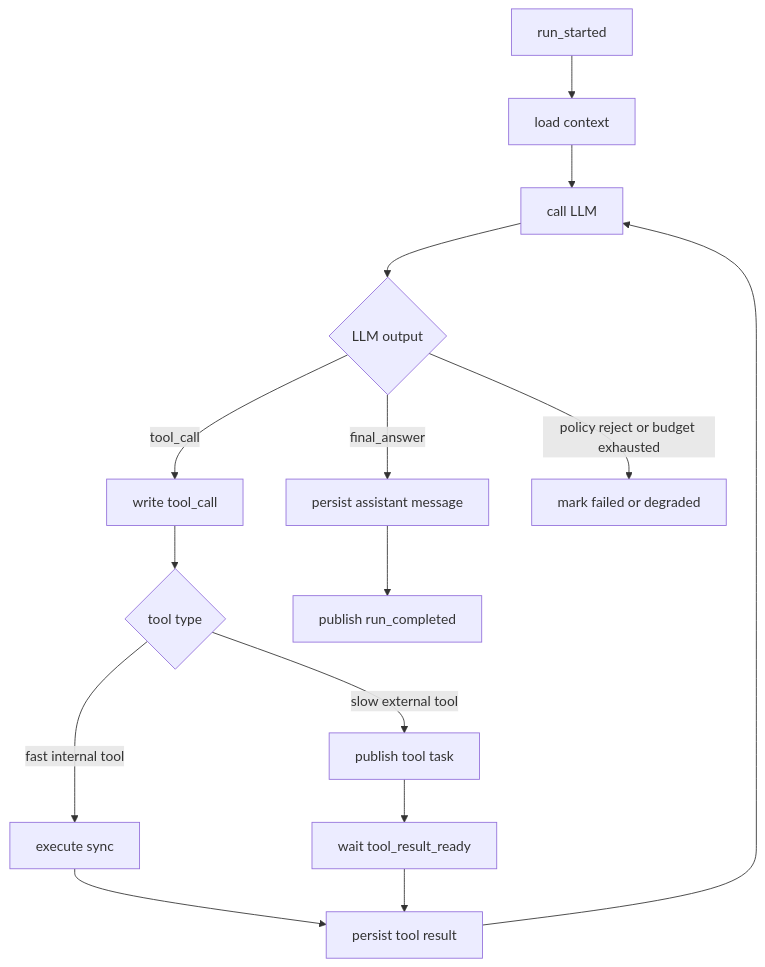
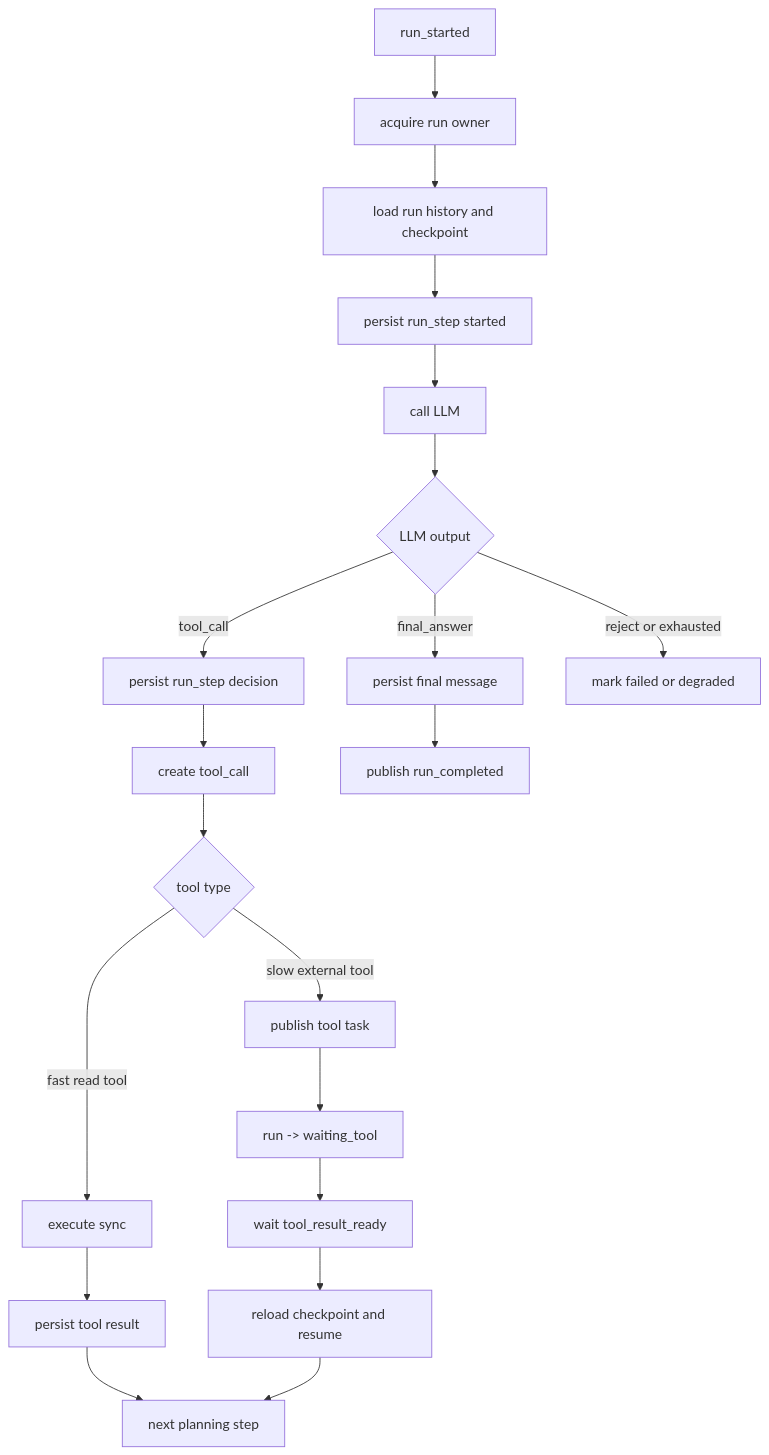
Before and after one commit to pofossette/guidebooks: the second of 6 diagrams in docs/backend-dev/系统设计/电商平台与云端对话 AI 系统设计/02-核心链路与 ReAct Agent Loop.md, drawn with Mermaid. The commit also changed other lines of this file and 7 other files, not shown here.

````diff
--- a/docs/backend-dev/系统设计/电商平台与云端对话 AI 系统设计/02-核心链路与 ReAct Agent Loop.md
+++ b/docs/backend-dev/系统设计/电商平台与云端对话 AI 系统设计/02-核心链路与 ReAct Agent Loop.md
@@ -44,17 +66,22 @@
 ```mermaid
 flowchart TD
-    A[run_started] --> B[load context]
-    B --> C[call LLM]
-    C --> D{LLM output}
-    D -->|tool_call| E[write tool_call]
-    E --> F{tool type}
-    F -->|fast internal tool| G[execute sync]
-    F -->|slow external tool| H[publish tool task]
-    G --> I[persist tool result]
-    H --> J[wait tool_result_ready]
-    J --> I
-    I --> C
-    D -->|final_answer| K[persist assistant message]
-    K --> L[publish run_completed]
-    D -->|policy reject or budget exhausted| M[mark failed or degraded]
+    A[run_started] --> B[acquire run owner]
+    B --> C[load run history and checkpoint]
+    C --> D[persist run_step started]
+    D --> E[call LLM]
+    E --> F{LLM output}
+    F -->|tool_call| G[persist run_step decision]
+    G --> H[create tool_call]
+    H --> I{tool type}
+    I -->|fast read tool| J[execute sync]
+    I -->|slow external tool| K[publish tool task]
+    J --> L[persist tool result]
+    K --> M[run -> waiting_tool]
+    M --> N[wait tool_result_ready]
+    N --> O[reload checkpoint and resume]
+    L --> P[next planning step]
+    O --> P
+    F -->|final_answer| Q[persist final message]
+    Q --> R[publish run_completed]
+    F -->|reject or exhausted| S[mark failed or degraded]
 ```
````
